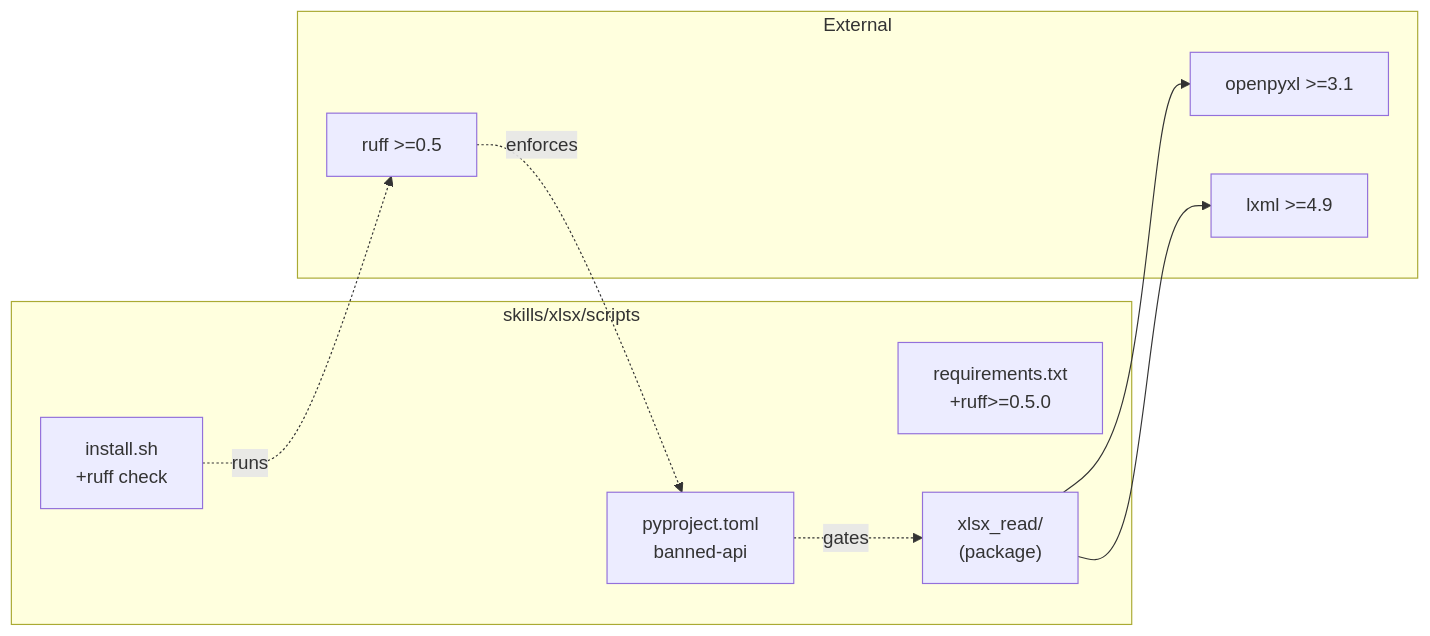
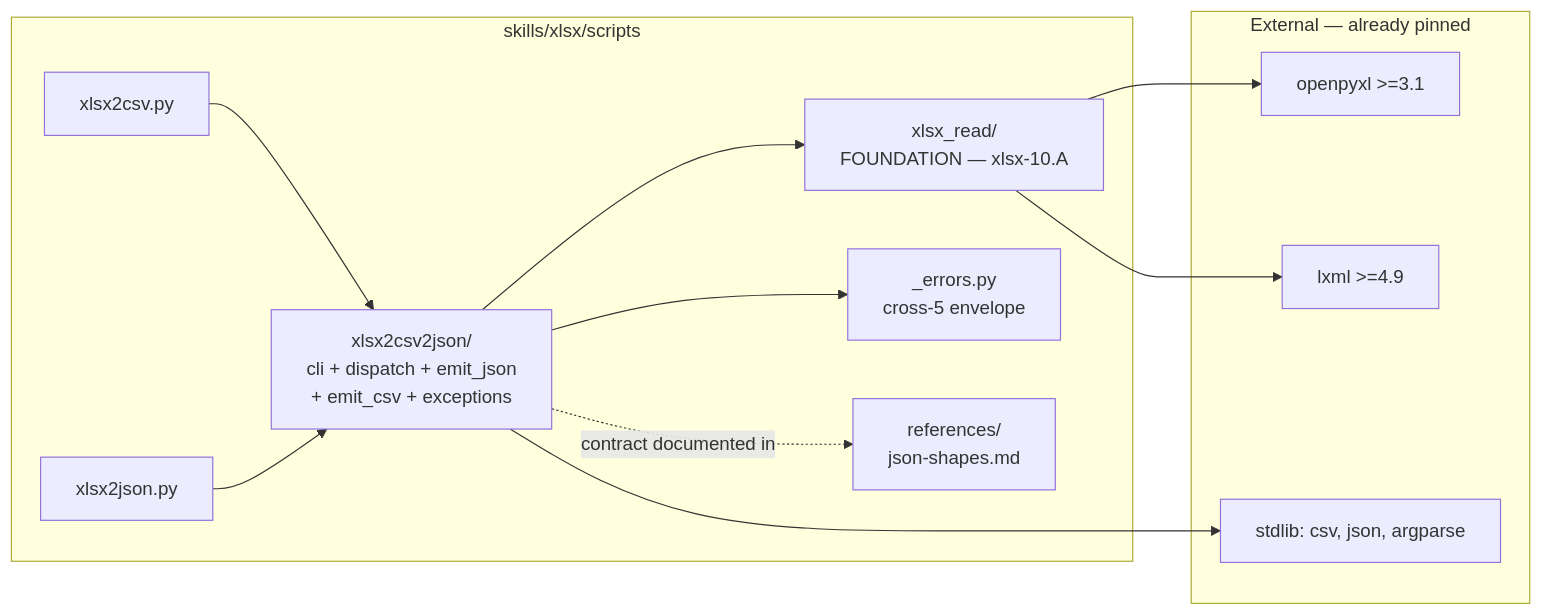
One commit to MatrixFounder/Universal-skills changed the second of 3 diagrams in docs/ARCHITECTURE.md. Above: the diagram before and after it, drawn with Mermaid. The commit also changed other lines of this file and 16 other files, not shown here.

````diff
--- a/docs/ARCHITECTURE.md
+++ b/docs/ARCHITECTURE.md
@@ -475,19 +507,24 @@
 ```mermaid
 flowchart LR
     subgraph SC[skills/xlsx/scripts]
-        PT[pyproject.toml<br/>banned-api]
-        RT[requirements.txt<br/>+ruff>=0.5.0]
-        IS[install.sh<br/>+ruff check]
-        XR["xlsx_read/<br/>(package)"]
+        SHIM1[xlsx2csv.py]
+        SHIM2[xlsx2json.py]
+        PKG[xlsx2csv2json/<br/>cli + dispatch + emit_json<br/>+ emit_csv + exceptions]
+        XR[xlsx_read/<br/>FOUNDATION — xlsx-10.A]
+        ERR[_errors.py<br/>cross-5 envelope]
+        REF[references/<br/>json-shapes.md]
     end
-    subgraph EX[External]
+    subgraph EX[External — already pinned]
         OPX[openpyxl >=3.1]
         LXML[lxml >=4.9]
-        RUF[ruff >=0.5]
+        STD[stdlib: csv, json, argparse]
     end
+    SHIM1 --> PKG
+    SHIM2 --> PKG
+    PKG --> XR
+    PKG --> ERR
+    PKG --> STD
     XR --> OPX
     XR --> LXML
-    PT -.gates.-> XR
-    IS -.runs.-> RUF
-    RUF -.enforces.-> PT
+    PKG -.contract documented in.-> REF
 ```
````
